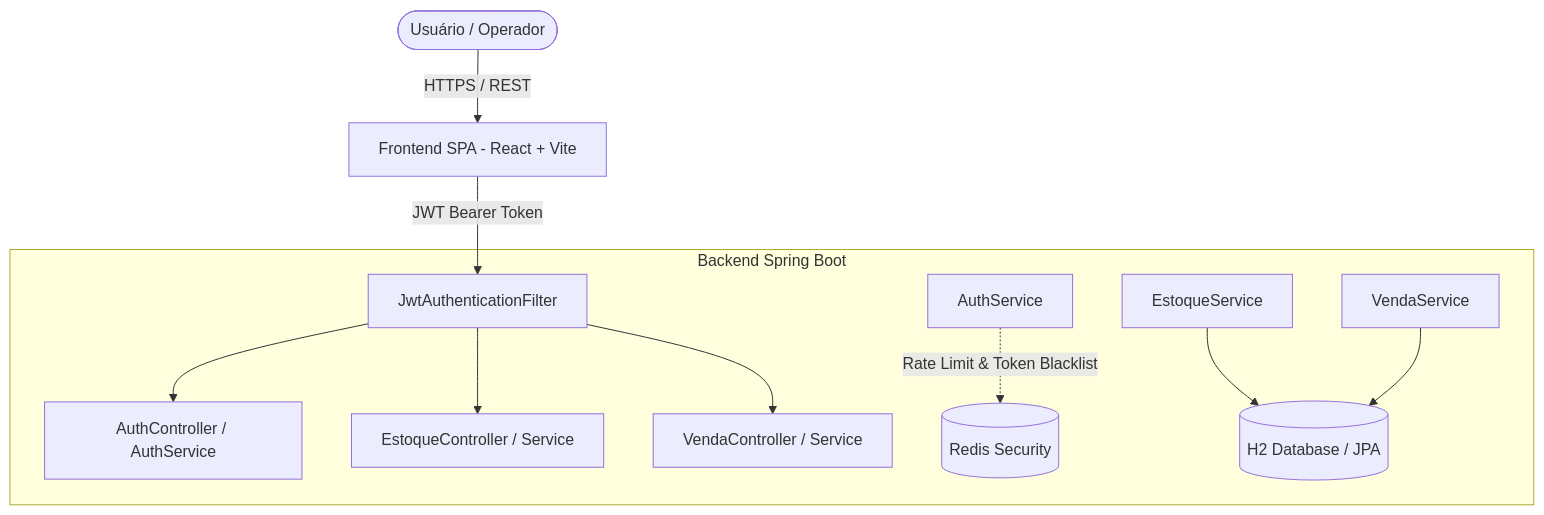
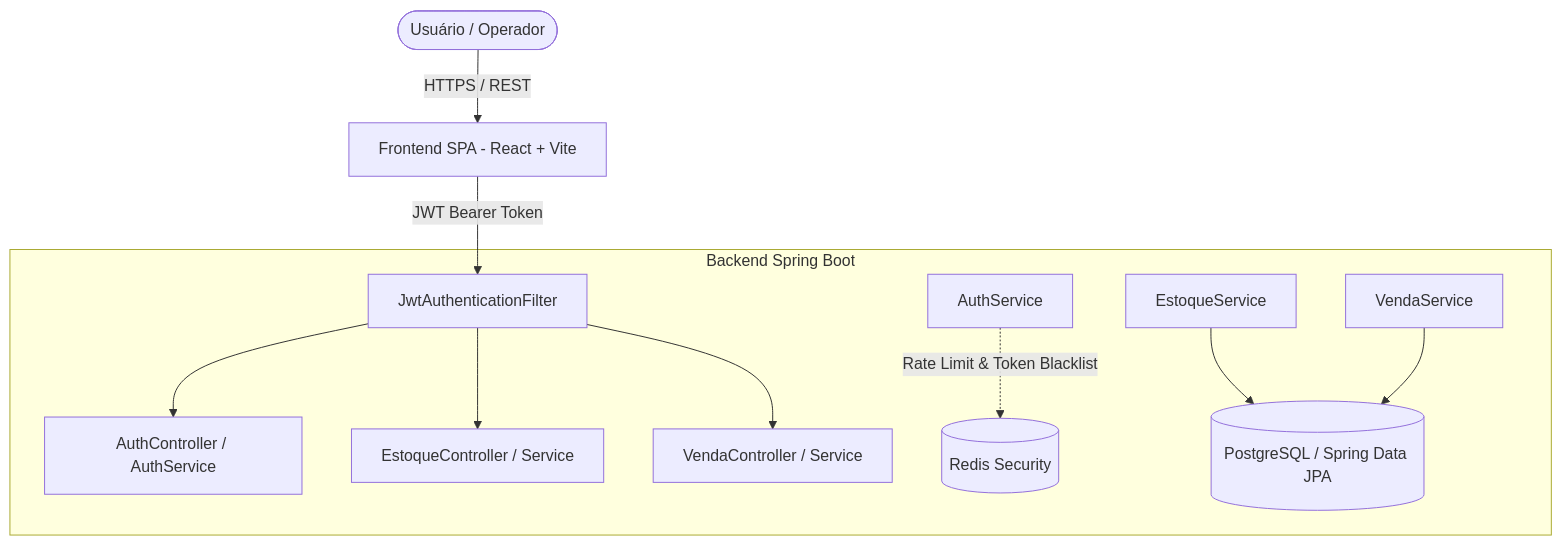
Before and after one commit to eduardomatheusok-crypto/view-planetaAnimal: the diagram in README.md, drawn with Mermaid. The commit also changed other lines of this file and 1 other file, not shown here.

Commit message:
docs: remove emojis, remove imagem do cachorro e atualiza banco para PostgreSQL

````diff
--- a/README.md
+++ b/README.md
@@ -73,15 +70,15 @@
 ```mermaid
 graph TD
     User([Usuário / Operador]) -->|HTTPS / REST| Frontend[Frontend SPA - React + Vite]
     Frontend -->|JWT Bearer Token| SecurityFilter[JwtAuthenticationFilter]
     
     subgraph Backend Spring Boot
         SecurityFilter --> AuthCtrl[AuthController / AuthService]
         SecurityFilter --> EstoqueCtrl[EstoqueController / Service]
         SecurityFilter --> VendasCtrl[VendaController / Service]
         
         AuthService -.->|Rate Limit & Token Blacklist| Redis[(Redis Security)]
-        EstoqueService --> DB[(H2 Database / JPA)]
+        EstoqueService --> DB[(PostgreSQL / Spring Data JPA)]
         VendaService --> DB
     end
 ```
````
